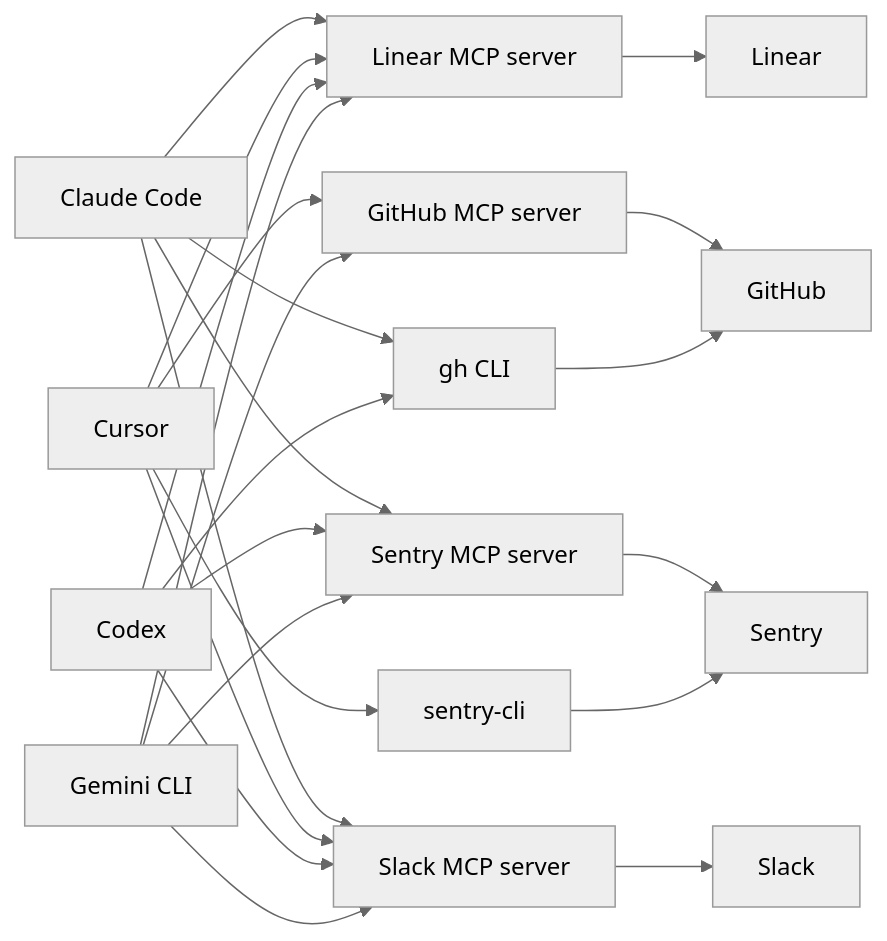
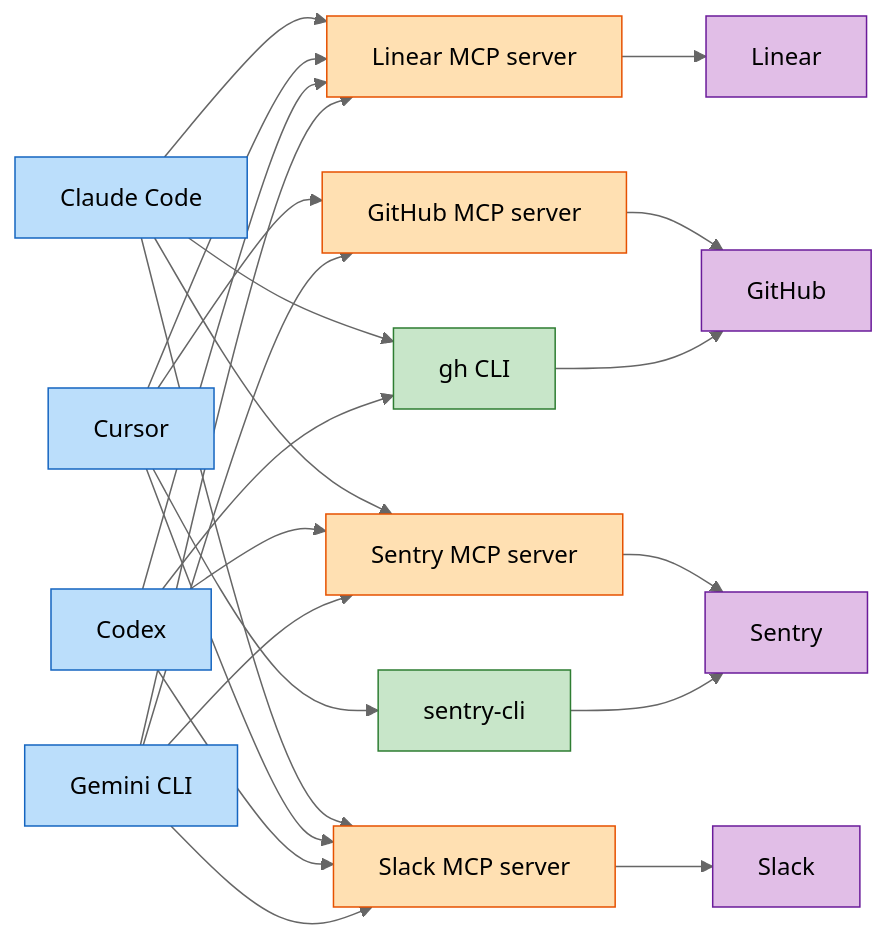
The first of 2 diagrams in README.md (alephic-ai/foac), drawn with Mermaid (neutral theme) before and after one commit. The commit also changed other lines of this file, not shown here.

Commit message:
docs: color the README diagrams by node kind

````diff
--- a/README.md
+++ b/README.md
@@ -19,13 +19,21 @@
 ```mermaid
 graph LR
     CC[Claude Code] --> LMCP & GHCLI & SMCP & SLMCP
     CU[Cursor] --> LMCP & GHMCP & SCLI & SLMCP
     CX[Codex] --> LMCP & GHCLI & SMCP & SLMCP
     GEM[Gemini CLI] --> LMCP & GHMCP & SMCP & SLMCP
     LMCP[Linear MCP server] --> Linear
     GHMCP[GitHub MCP server] --> GitHub
     GHCLI[gh CLI] --> GitHub
     SMCP[Sentry MCP server] --> Sentry
     SCLI[sentry-cli] --> Sentry
     SLMCP[Slack MCP server] --> Slack
+    classDef harness fill:#bbdefb,stroke:#1565c0,color:#000
+    classDef mcp fill:#ffe0b2,stroke:#e65100,color:#000
+    classDef cli fill:#c8e6c9,stroke:#2e7d32,color:#000
+    classDef provider fill:#e1bee7,stroke:#6a1b9a,color:#000
+    class CC,CU,CX,GEM harness
+    class LMCP,GHMCP,SMCP,SLMCP mcp
+    class GHCLI,SCLI cli
+    class Linear,GitHub,Sentry,Slack provider
 ```
````
